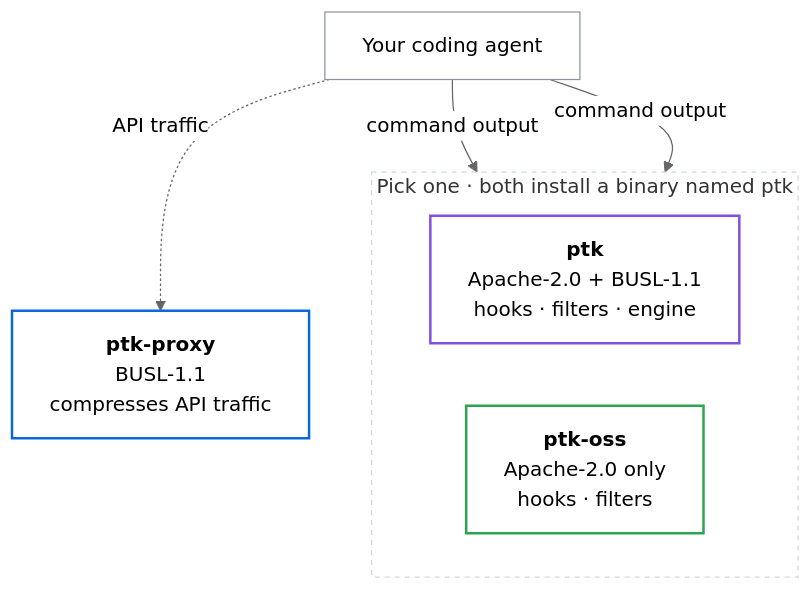
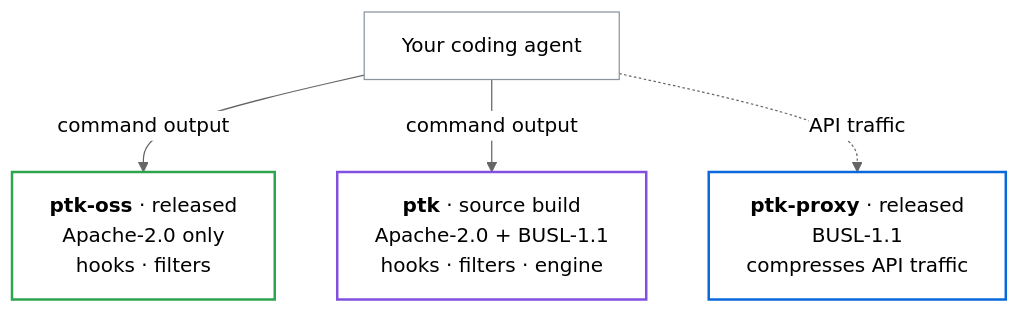
The diagram in README.md (Riaku/ptk), drawn with Mermaid (neutral theme) before and after one commit. The commit also changed other lines of this file and 7 other files, not shown here.

First line of the commit message:
ci: publish only the Apache-2.0 CLI, on four targets

````diff
--- a/README.md
+++ b/README.md
@@ -140,26 +140,21 @@
 ```mermaid
 flowchart TD
     agent["Your coding agent"]
 
-    subgraph editions["Pick one · both install a binary named ptk"]
-        direction LR
-        full["<b>ptk</b><br/>Apache-2.0 + BUSL-1.1<br/>hooks · filters · engine"]
-        oss["<b>ptk-oss</b><br/>Apache-2.0 only<br/>hooks · filters"]
-    end
+    oss["<b>ptk-oss</b> · released<br/>Apache-2.0 only<br/>hooks · filters"]
+    full["<b>ptk</b> · source build<br/>Apache-2.0 + BUSL-1.1<br/>hooks · filters · engine"]
+    proxy["<b>ptk-proxy</b> · released<br/>BUSL-1.1<br/>compresses API traffic"]
 
-    proxy["<b>ptk-proxy</b><br/>BUSL-1.1<br/>compresses API traffic"]
-
+    agent -->|"command output"| oss
     agent -->|"command output"| full
-    agent -->|"command output"| oss
     agent -.->|"API traffic"| proxy
 
     classDef apache stroke:#2da44e,stroke-width:2px,fill:none
     classDef busl stroke:#0969da,stroke-width:2px,fill:none
     classDef mixed stroke:#8250df,stroke-width:2px,fill:none
     classDef plain stroke:#8c959f,stroke-width:1px,fill:none
+    class oss apache
     class full mixed
-    class oss apache
     class proxy busl
     class agent plain
-    style editions fill:none,stroke:#d0d7de,stroke-dasharray:4 4
 ```
````
